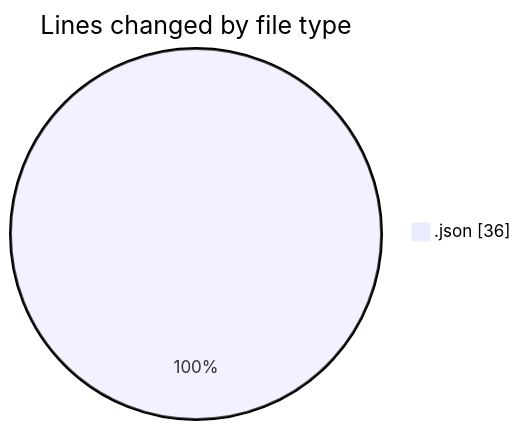
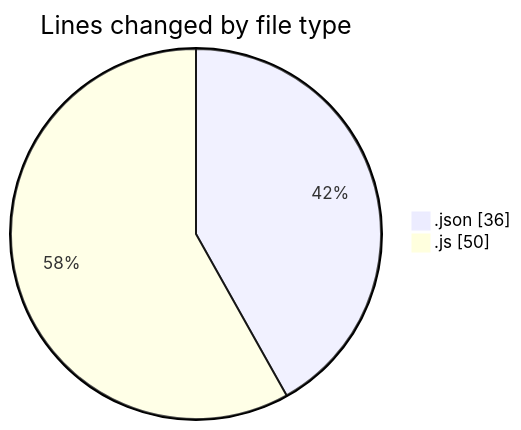
One commit to Elitesun/code-tracking changed the first of 2 diagrams in 2025-04-01/product-detail-page/README.md. Above: the diagram before and after it, drawn with Mermaid. The commit also changed other lines of this file and 1 other file, not shown here.

````diff
--- a/2025-04-01/product-detail-page/README.md
+++ b/2025-04-01/product-detail-page/README.md
@@ -20,5 +21,6 @@
 ```mermaid
 pie showData
 title Lines changed by file type
 ".json" : 36
+".js" : 50
 ```
````
